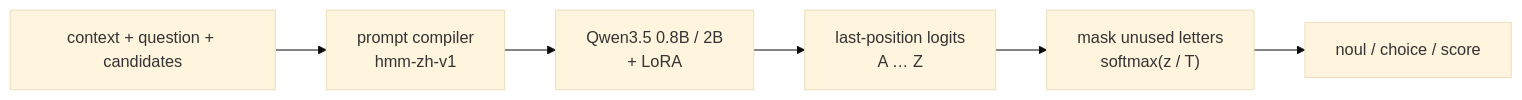
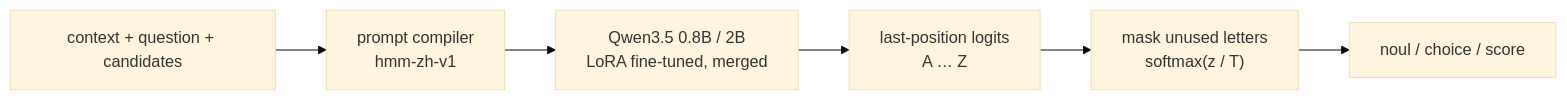
One commit to yanqiangmiffy/chinese-decision changed the diagram in README_EN.md. Above: the diagram before and after it, drawn with Mermaid (base theme). The commit also changed other lines of this file and 7 other files, not shown here.

````diff
--- a/README_EN.md
+++ b/README_EN.md
@@ -92,8 +92,8 @@
 ```mermaid
 flowchart LR
     A["context + question + candidates"] --> B["prompt compiler<br/>hmm-zh-v1"]
-    B --> C["Qwen3.5 0.8B / 2B<br/>+ LoRA"]
+    B --> C["Qwen3.5 0.8B / 2B<br/>LoRA fine-tuned, merged"]
     C --> D["last-position logits<br/>A … Z"]
     D --> E["mask unused letters<br/>softmax(z / T)"]
     E --> F["noul / choice / score"]
 ```
````
